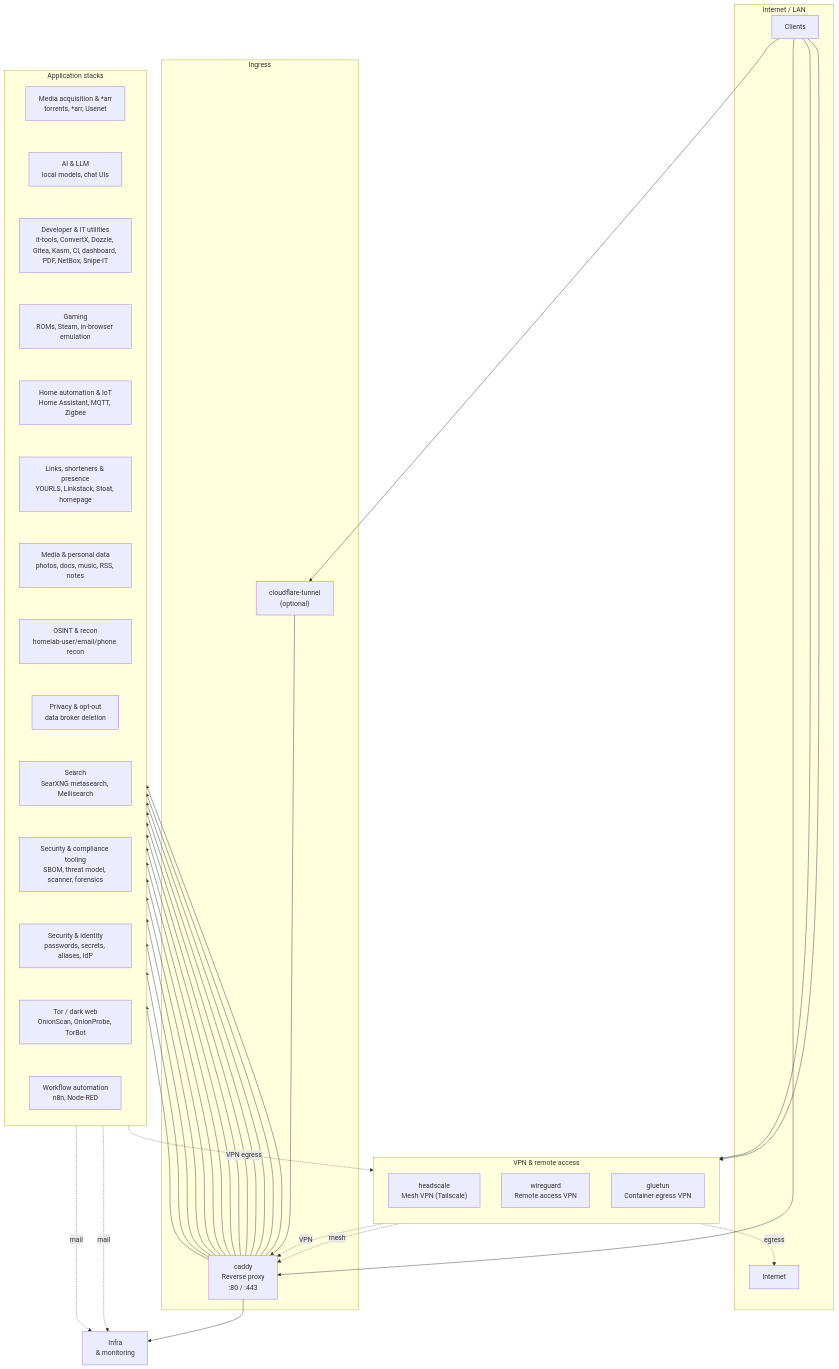
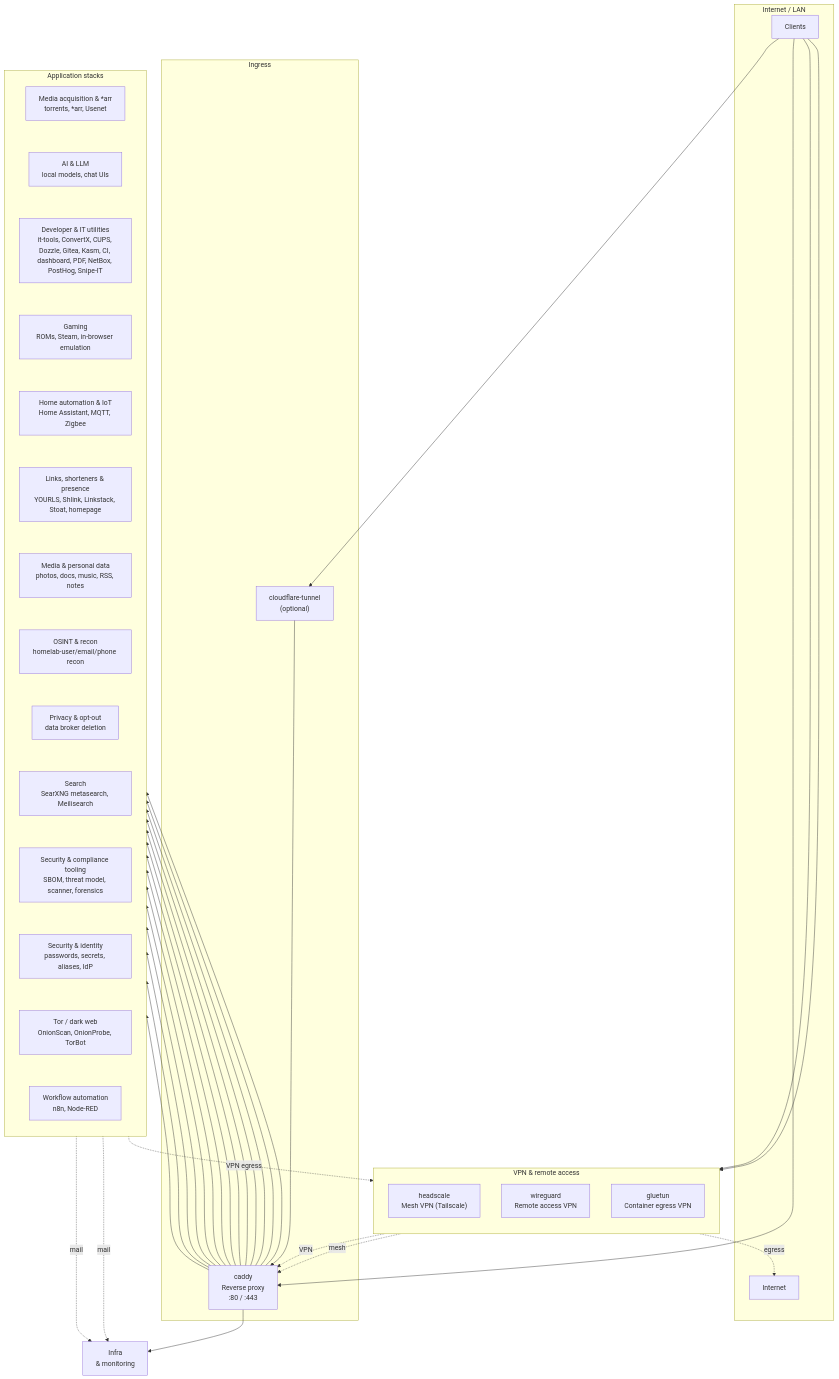
Before and after one commit to bolens/homelab: the first of 2 diagrams in README.md, drawn with Mermaid. The commit also changed other lines of this file and 14 other files, not shown here.

```diff
--- a/README.md
+++ b/README.md
@@ -51,13 +51,13 @@
         apps_ai["`AI & LLM
 local models, chat UIs`"]
         apps_dev["`Developer & IT utilities
-it-tools, ConvertX, Dozzle, Gitea, Kasm, CI, dashboard, PDF, NetBox, Snipe-IT`"]
+it-tools, ConvertX, CUPS, Dozzle, Gitea, Kasm, CI, dashboard, PDF, NetBox, PostHog, Snipe-IT`"]
         apps_gaming["`Gaming
 ROMs, Steam, in-browser emulation`"]
         apps_home["`Home automation & IoT
 Home Assistant, MQTT, Zigbee`"]
         apps_links["`Links, shorteners & presence
-YOURLS, Linkstack, Stoat, homepage`"]
+YOURLS, Shlink, Linkstack, Stoat, homepage`"]
         apps_media["`Media & personal data
 photos, docs, music, RSS, notes`"]
         apps_osint["`OSINT & recon
```
